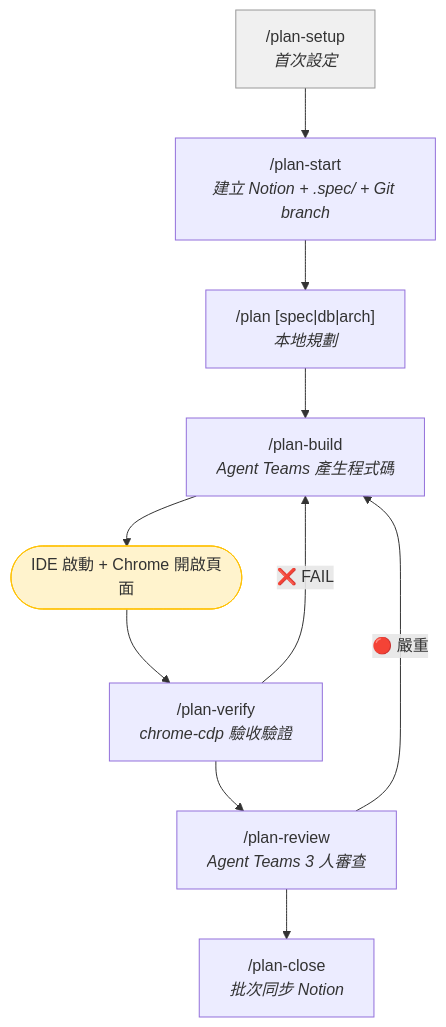
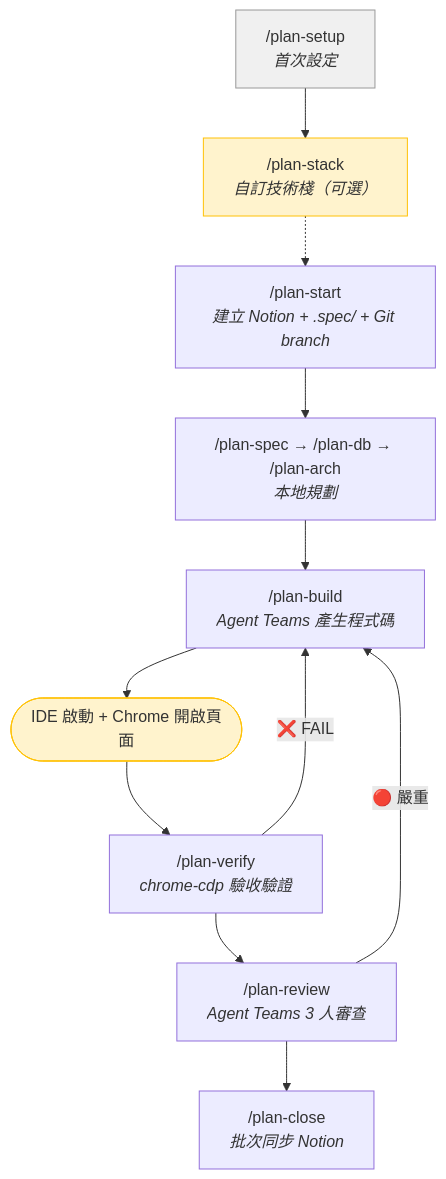
One commit to mark22013333/crew changed the second of 4 diagrams in README.md. Above: the diagram before and after it, drawn with Mermaid. The commit also changed other lines of this file and 19 other files, not shown here.

````diff
--- a/README.md
+++ b/README.md
@@ -85,18 +90,20 @@
 ```mermaid
 flowchart TD
     setup["/plan-setup<br/><i>首次設定</i>"]
+    stack["/plan-stack<br/><i>自訂技術棧（可選）</i>"]
     start["/plan-start<br/><i>建立 Notion + .spec/ + Git branch</i>"]
-    plan["/plan [spec|db|arch]<br/><i>本地規劃</i>"]
+    plan["/plan-spec → /plan-db → /plan-arch<br/><i>本地規劃</i>"]
     build["/plan-build<br/><i>Agent Teams 產生程式碼</i>"]
     ide(["IDE 啟動 + Chrome 開啟頁面"])
     verify["/plan-verify<br/><i>chrome-cdp 驗收驗證</i>"]
     review["/plan-review<br/><i>Agent Teams 3 人審查</i>"]
     close["/plan-close<br/><i>批次同步 Notion</i>"]
 
-    setup --> start --> plan --> build --> ide --> verify --> review --> close
+    setup --> stack -.-> start --> plan --> build --> ide --> verify --> review --> close
     verify -- "❌ FAIL" --> build
     review -- "🔴 嚴重" --> build
 
     style setup fill:#f0f0f0,stroke:#999
+    style stack fill:#fff3cd,stroke:#ffc107
     style ide fill:#fff3cd,stroke:#ffc107
 ```
````
